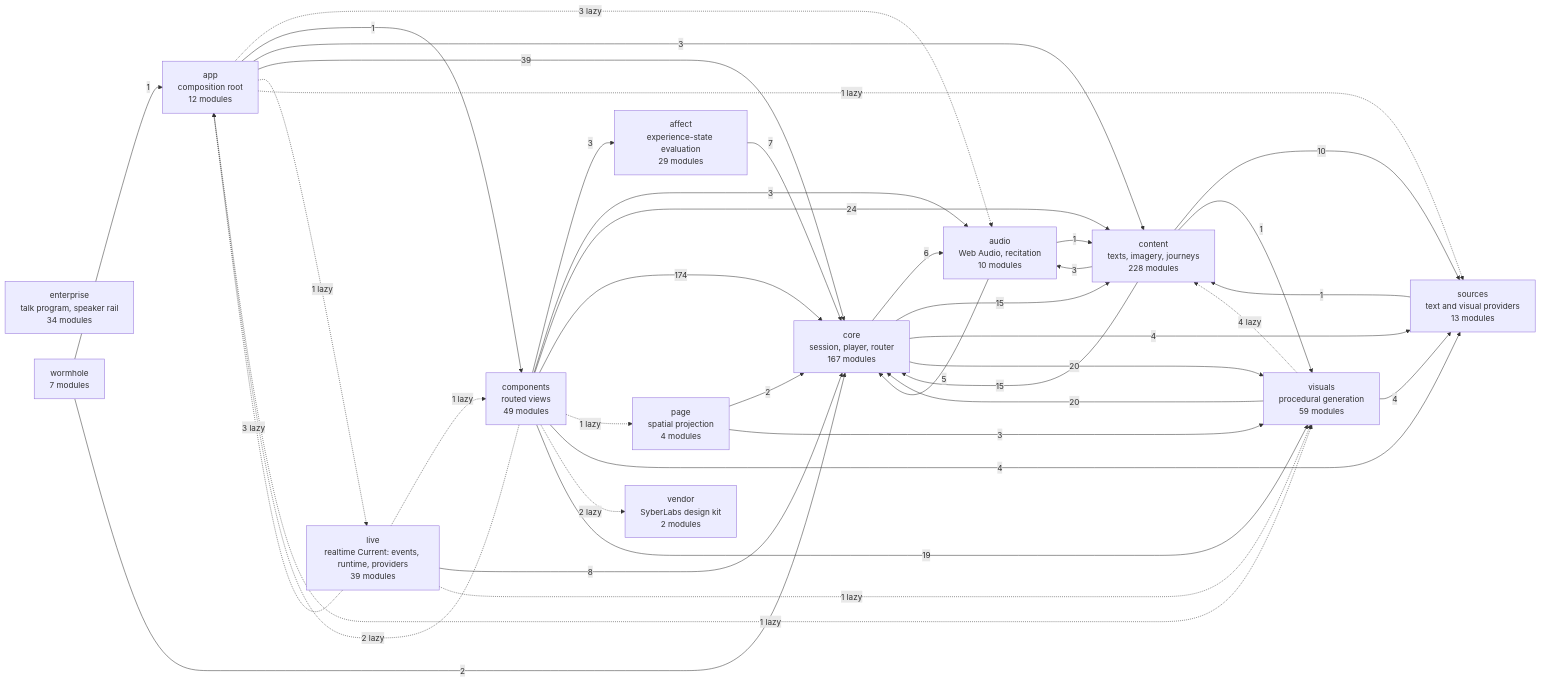
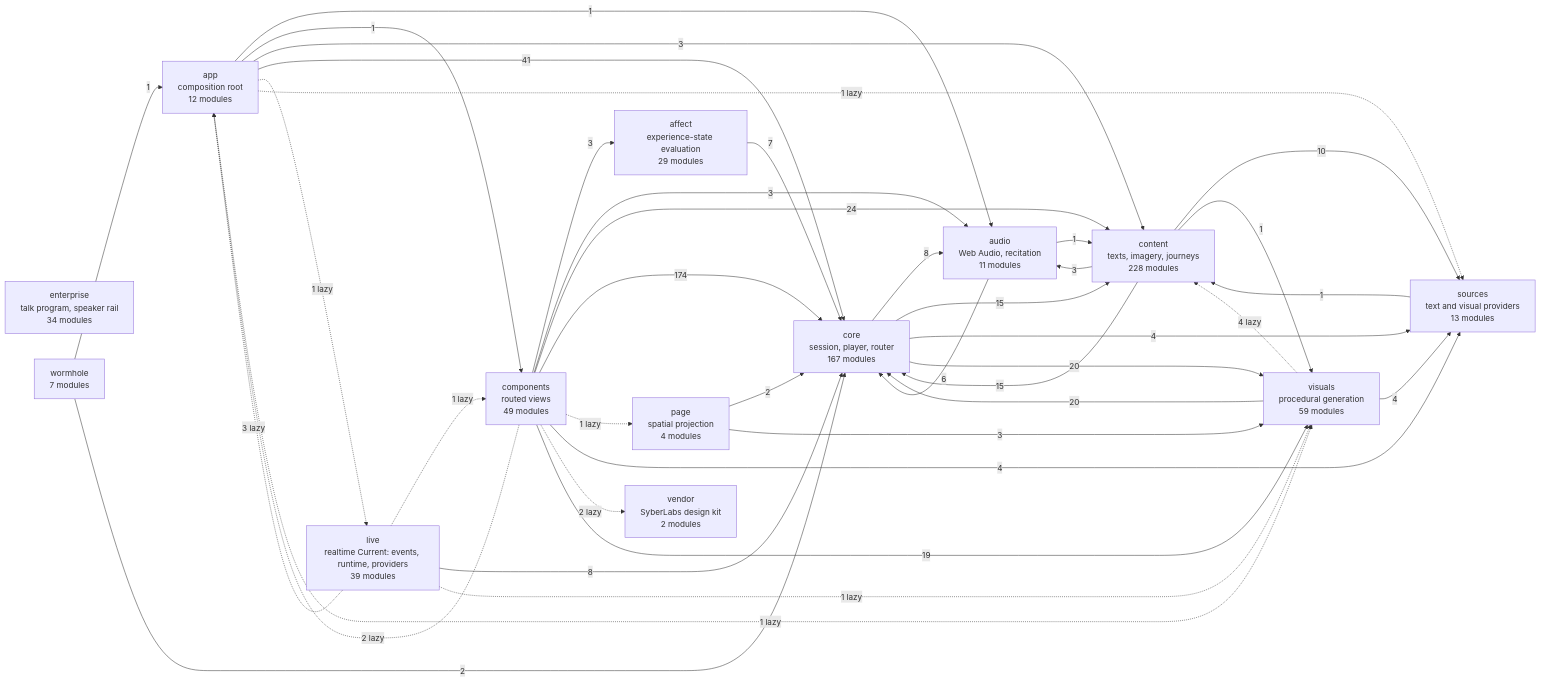
Before and after one commit to SyberLabs/RISE: the diagram in docs/specs/ARCHITECTURE.md, drawn with Mermaid.

Commit message:
Regenerate the architecture diagram

````diff
--- a/docs/specs/ARCHITECTURE.md
+++ b/docs/specs/ARCHITECTURE.md
@@ -160,56 +160,56 @@
 ```mermaid
 flowchart LR
     affect["affect<br/>experience-state evaluation<br/>29 modules"]
     app["app<br/>composition root<br/>12 modules"]
-    audio["audio<br/>Web Audio, recitation<br/>10 modules"]
+    audio["audio<br/>Web Audio, recitation<br/>11 modules"]
     components["components<br/>routed views<br/>49 modules"]
     content["content<br/>texts, imagery, journeys<br/>228 modules"]
     core["core<br/>session, player, router<br/>167 modules"]
     enterprise["enterprise<br/>talk program, speaker rail<br/>34 modules"]
     live["live<br/>realtime Current: events, runtime, providers<br/>39 modules"]
     page["page<br/>spatial projection<br/>4 modules"]
     sources["sources<br/>text and visual providers<br/>13 modules"]
     vendor["vendor<br/>SyberLabs design kit<br/>2 modules"]
     visuals["visuals<br/>procedural generation<br/>59 modules"]
     wormhole["wormhole<br/>7 modules"]
 
     affect --> |7| core
-    app -.-> |3 lazy| audio
+    app --> |1| audio
     app --> |1| components
     app --> |3| content
-    app --> |39| core
+    app --> |41| core
     app -.-> |1 lazy| live
     app -.-> |1 lazy| sources
     app -.-> |1 lazy| visuals
     audio --> |1| content
-    audio --> |5| core
+    audio --> |6| core
     components --> |3| affect
     components -.-> |2 lazy| app
     components --> |3| audio
     components --> |24| content
     components --> |174| core
     components -.-> |1 lazy| page
     components --> |4| sources
     components -.-> |2 lazy| vendor
     components --> |19| visuals
     content --> |3| audio
     content --> |15| core
     content --> |10| sources
     content --> |1| visuals
-    core --> |6| audio
+    core --> |8| audio
     core --> |15| content
     core --> |4| sources
     core --> |20| visuals
     live -.-> |3 lazy| app
     live -.-> |1 lazy| components
     live --> |8| core
     live -.-> |1 lazy| visuals
     page --> |2| core
     page --> |3| visuals
     sources --> |1| content
     visuals -.-> |4 lazy| content
     visuals --> |20| core
     visuals --> |4| sources
     wormhole --> |1| app
     wormhole --> |2| core
 ```
````
